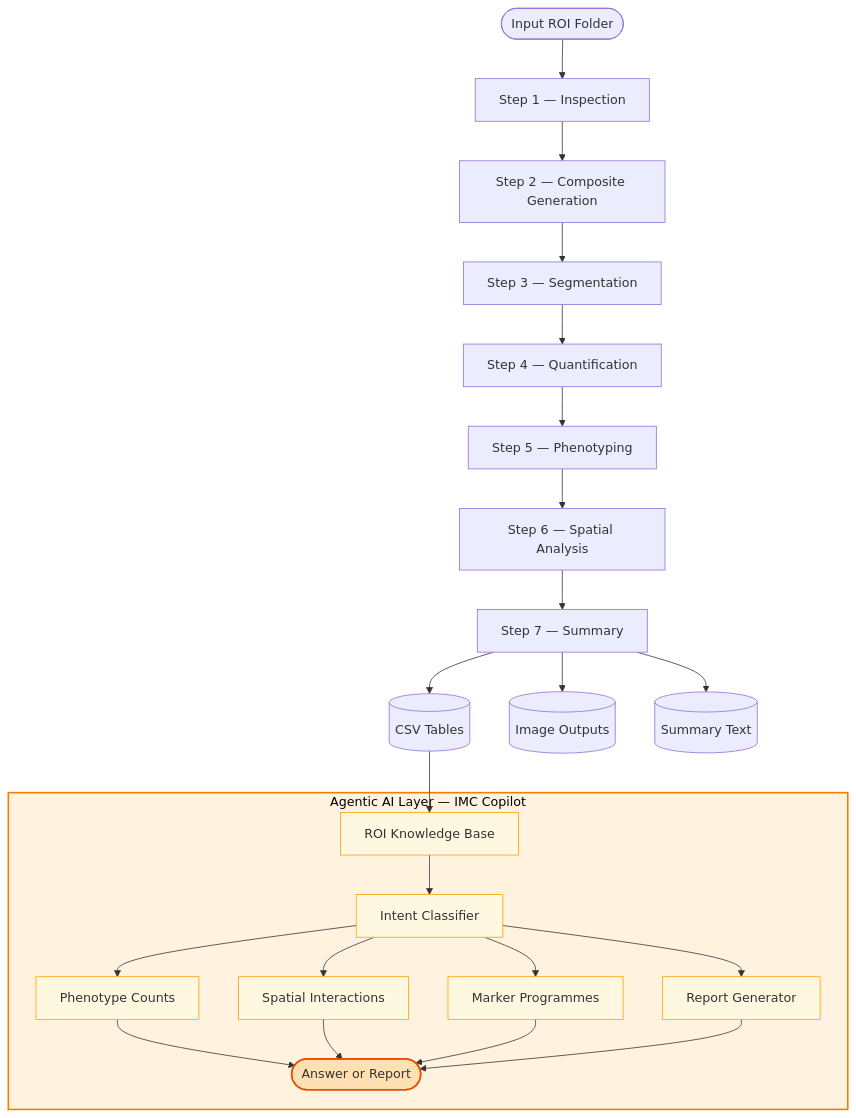
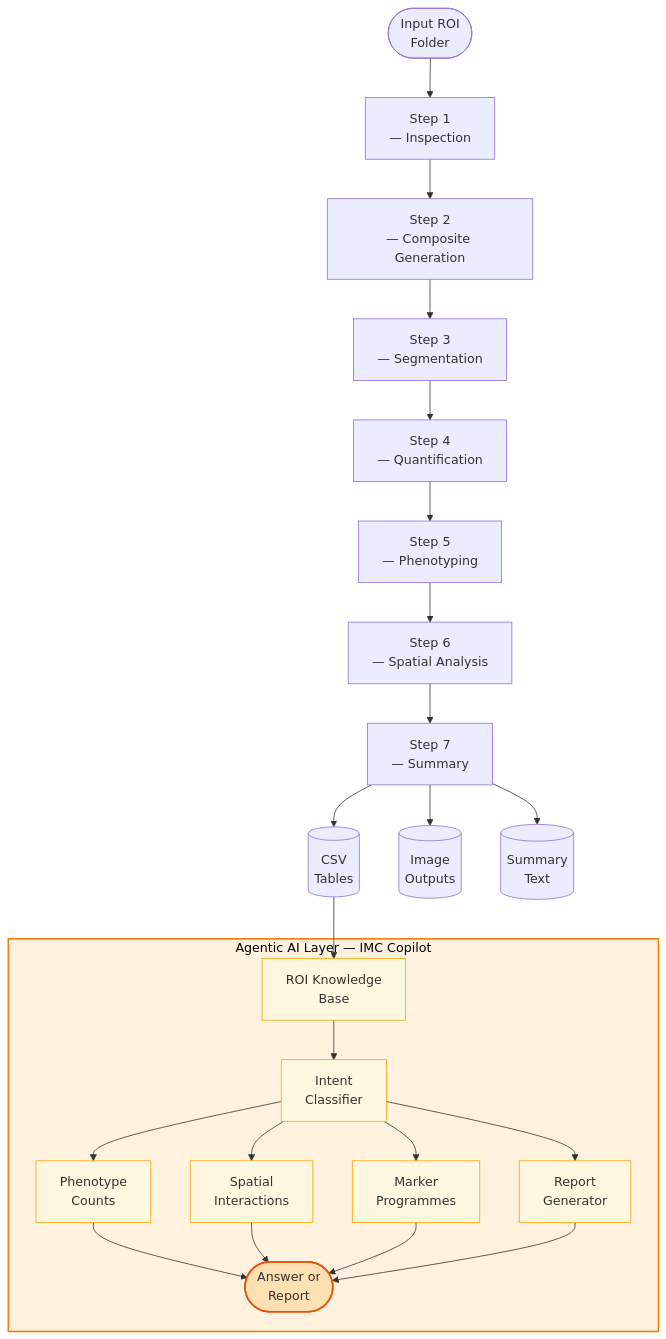
The diagram in README.md (ComputationalPathologyLab/agentimc), drawn with Mermaid before and after one commit.

Commit message:
fix: use line breaks in flowchart nodes to prevent text clipping

````diff
--- a/README.md
+++ b/README.md
@@ -106,47 +106,35 @@
 ```mermaid
-%%{init: {'flowchart': {'useMaxWidth': false}}}%%
 flowchart TD
-    A([Input ROI Folder]) --> B[Step 1 — Inspection]
-    B --> C[Step 2 — Composite Generation]
-    C --> D[Step 3 — Segmentation]
-    D --> E[Step 4 — Quantification]
-    E --> F[Step 5 — Phenotyping]
-    F --> G[Step 6 — Spatial Analysis]
-    G --> H[Step 7 — Summary]
+    A(["Input ROI<br/>Folder"]) --> B["Step 1<br/>— Inspection"]
+    B --> C["Step 2<br/>— Composite Generation"]
+    C --> D["Step 3<br/>— Segmentation"]
+    D --> E["Step 4<br/>— Quantification"]
+    E --> F["Step 5<br/>— Phenotyping"]
+    F --> G["Step 6<br/>— Spatial Analysis"]
+    G --> H["Step 7<br/>— Summary"]
 
-    H --> OUT1[(CSV Tables)]
-    H --> OUT2[(Image Outputs)]
-    H --> OUT3[(Summary Text)]
+    H --> OUT1[("CSV<br/>Tables")]
+    H --> OUT2[("Image<br/>Outputs")]
+    H --> OUT3[("Summary<br/>Text")]
 
     OUT1 --> KB
 
     subgraph AGENT ["Agentic AI Layer — IMC Copilot"]
-        KB[ROI Knowledge Base]
-        KB --> IC[Intent Classifier]
-        IC --> R1[Phenotype Counts]
-        IC --> R2[Spatial Interactions]
-        IC --> R3[Marker Programmes]
-        IC --> R4[Report Generator]
-        R1 & R2 & R3 & R4 --> ANS([Answer or Report])
+        KB["ROI Knowledge<br/>Base"]
+        KB --> IC["Intent<br/>Classifier"]
+        IC --> R1["Phenotype<br/>Counts"]
+        IC --> R2["Spatial<br/>Interactions"]
+        IC --> R3["Marker<br/>Programmes"]
+        IC --> R4["Report<br/>Generator"]
+        R1 & R2 & R3 & R4 --> ANS(["Answer or<br/>Report"])
     end
 
-    style A min-width:220px
-    style B min-width:240px
-    style C min-width:270px
-    style D min-width:230px
-    style E min-width:240px
-    style F min-width:220px
-    style G min-width:250px
-    style H min-width:180px
-    style OUT1 min-width:160px
-    style OUT2 min-width:170px
-    style OUT3 min-width:170px
     style AGENT fill:#fff3e0,stroke:#f57c00,stroke-width:2px,color:#000
-    style ANS fill:#ffe0b2,stroke:#e65100,stroke-width:2px,min-width:200px
-    style KB fill:#fff8e1,stroke:#ffa000,stroke-width:1px,min-width:220px
-    style IC fill:#fff8e1,stroke:#ffa000,stroke-width:1px,min-width:200px
-    style R1 fill:#fff8e1,stroke:#ffa000,stroke-width:1px,min-width:200px
-    style R2 fill:#fff8e1,stroke:#ffa000,stroke-width:1px,min-width:200px
-    style R3 fill:#fff8e1,stroke:#ffa000,stroke-width:1px,min-width:200px
-    style R4 fill:#fff8e1,stroke:#ffa000,stroke-width:1px,min-width:200px
+    style ANS fill:#ffe0b2,stroke:#e65100,stroke-width:2px
+    style KB fill:#fff8e1,stroke:#ffa000,stroke-width:1px
+    style IC fill:#fff8e1,stroke:#ffa000,stroke-width:1px
+    style R1 fill:#fff8e1,stroke:#ffa000,stroke-width:1px
+    style R2 fill:#fff8e1,stroke:#ffa000,stroke-width:1px
+    style R3 fill:#fff8e1,stroke:#ffa000,stroke-width:1px
+    style R4 fill:#fff8e1,stroke:#ffa000,stroke-width:1px
 ```
````
